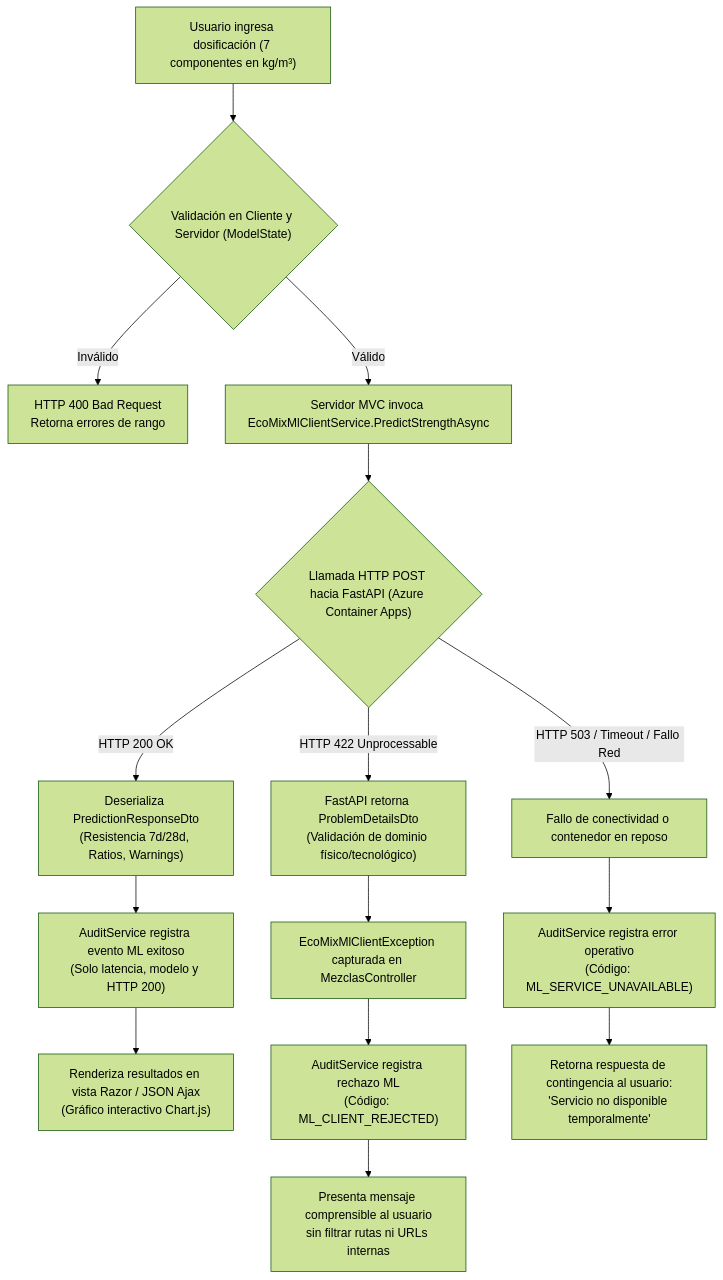
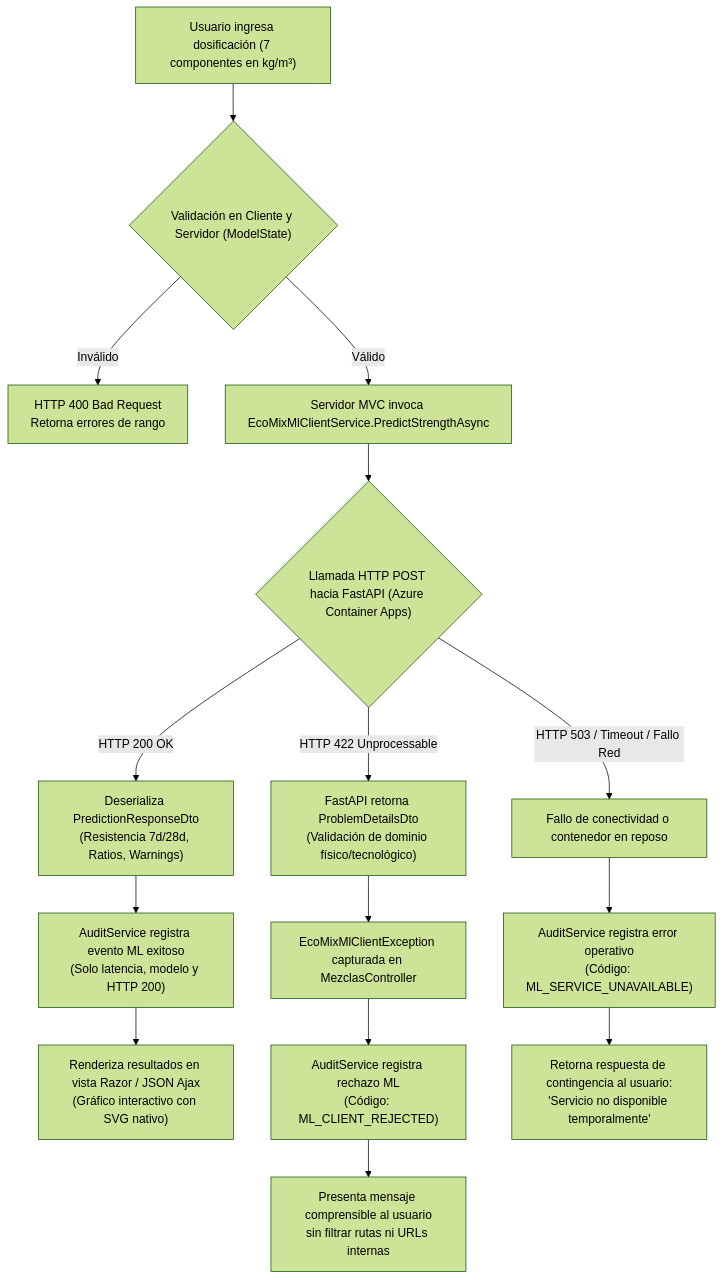
Before and after one commit to joeguillenl/EcomixIA: the second of 2 diagrams in docs/revisiones/SRS_v1.3_Revision_H05.md, drawn with Mermaid (forest theme). The commit also changed 15 other files, not shown here.

````diff
--- a/docs/revisiones/SRS_v1.3_Revision_H05.md
+++ b/docs/revisiones/SRS_v1.3_Revision_H05.md
@@ -90,21 +90,21 @@
 ```mermaid
 flowchart TD
     A["Usuario ingresa dosificación (7 componentes en kg/m³)"] --> B{"Validación en Cliente y Servidor (ModelState)"}
     B -- "Inválido" --> C["HTTP 400 Bad Request\nRetorna errores de rango"]
     B -- "Válido" --> D["Servidor MVC invoca EcoMixMlClientService.PredictStrengthAsync"]
     
     D --> E{"Llamada HTTP POST hacia FastAPI (Azure Container Apps)"}
     
     E -- "HTTP 200 OK" --> F["Deserializa PredictionResponseDto\n(Resistencia 7d/28d, Ratios, Warnings)"]
     F --> G["AuditService registra evento ML exitoso\n(Solo latencia, modelo y HTTP 200)"]
-    G --> H["Renderiza resultados en vista Razor / JSON Ajax\n(Gráfico interactivo Chart.js)"]
+    G --> H["Renderiza resultados en vista Razor / JSON Ajax\n(Gráfico interactivo con SVG nativo)"]
     
     E -- "HTTP 422 Unprocessable" --> I["FastAPI retorna ProblemDetailsDto\n(Validación de dominio físico/tecnológico)"]
     I --> J["EcoMixMlClientException capturada en MezclasController"]
     J --> K["AuditService registra rechazo ML\n(Código: ML_CLIENT_REJECTED)"]
     K --> L["Presenta mensaje comprensible al usuario\nsin filtrar rutas ni URLs internas"]
     
     E -- "HTTP 503 / Timeout / Fallo Red" --> M["Fallo de conectividad o contenedor en reposo"]
     M --> N["AuditService registra error operativo\n(Código: ML_SERVICE_UNAVAILABLE)"]
     N --> O["Retorna respuesta de contingencia al usuario:\n'Servicio no disponible temporalmente'"]
 ```
````
